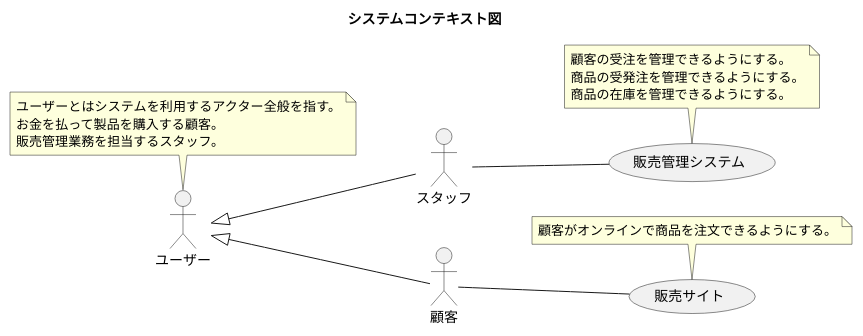
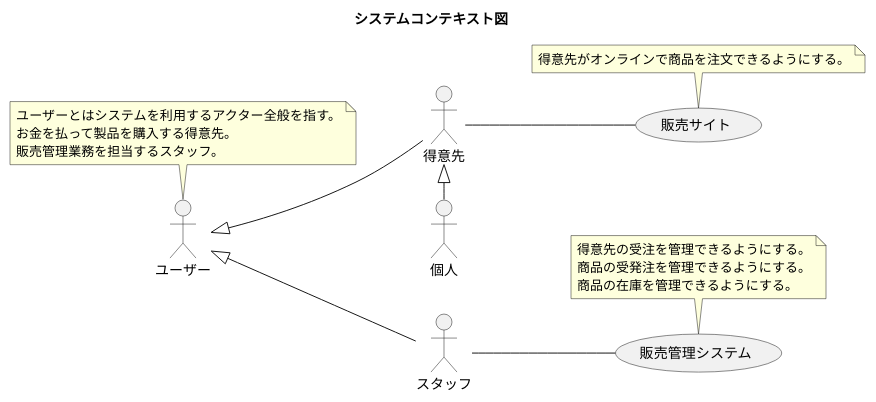
One commit to k2works/application_programing_excercise_2022 changed the first of 28 diagrams in docs/index.adoc. Above: the diagram before and after it, drawn with PlantUML. The commit also changed other lines of this file, not shown here.

```diff
--- a/docs/index.adoc
+++ b/docs/index.adoc
@@ -47,37 +47,39 @@
 [plantuml]
 ----
 @startuml
 
 title システムコンテキスト図
 
 left to right direction
 
 actor ユーザー as ac_01
 actor スタッフ as ac_02
-actor 顧客 as ac_03
+actor 得意先 as ac_03
 ac_01 <|-- ac_02
 ac_01 <|-- ac_03
+actor 個人 as ac_04
+ac_03 <|- ac_04
 
 note top of ac_01
   ユーザーとはシステムを利用するアクター全般を指す。
-  お金を払って製品を購入する顧客。
+  お金を払って製品を購入する得意先。
   販売管理業務を担当するスタッフ。
 end note
 
 usecase 販売管理システム as uc_01
 note top of uc_01
-  顧客の受注を管理できるようにする。
+  得意先の受注を管理できるようにする。
   商品の受発注を管理できるようにする。
   商品の在庫を管理できるようにする。
 end note
 
 usecase 販売サイト as uc_02
 note top of uc_02
-  顧客がオンラインで商品を注文できるようにする。
+  得意先がオンラインで商品を注文できるようにする。
 end note
 
 ac_02 -- (uc_01)
 ac_03 -- (uc_02)
 
 @enduml
 ----
```
